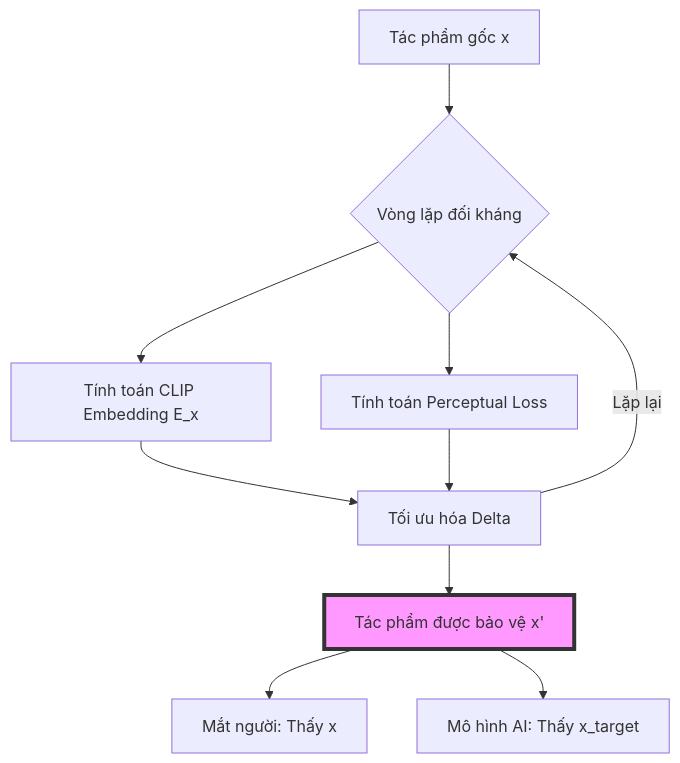
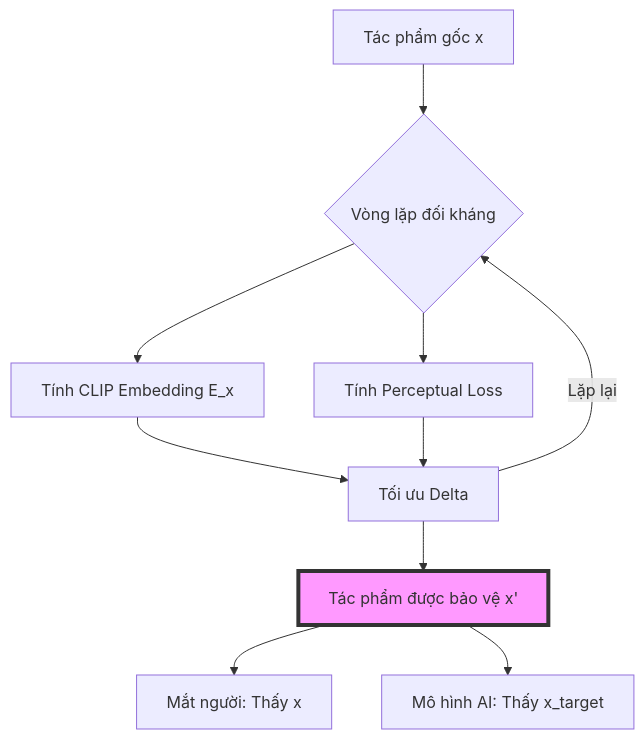
One commit to HopeArtOrg/hope-website changed the diagram in src/contents/vn/understanding-hope.mdx. Above: the diagram before and after it, drawn with Mermaid. The commit also changed other lines of this file and 2 other files, not shown here.

````diff
--- a/src/contents/vn/understanding-hope.mdx
+++ b/src/contents/vn/understanding-hope.mdx
@@ -48,13 +50,13 @@
 ```mermaid
 graph TD
     A[Tác phẩm gốc x] --> B{Vòng lặp đối kháng}
-    B --> C[Tính toán CLIP Embedding E_x]
-    B --> D[Tính toán Perceptual Loss]
-    C --> E[Tối ưu hóa Delta]
+    B --> C[Tính CLIP Embedding E_x]
+    B --> D[Tính Perceptual Loss]
+    C --> E[Tối ưu Delta]
     D --> E
     E -->|Lặp lại| B
     E --> F[Tác phẩm được bảo vệ x']
     F --> G[Mắt người: Thấy x]
     F --> H[Mô hình AI: Thấy x_target]
     style F fill:#f9f,stroke:#333,stroke-width:4px
 ```
````
